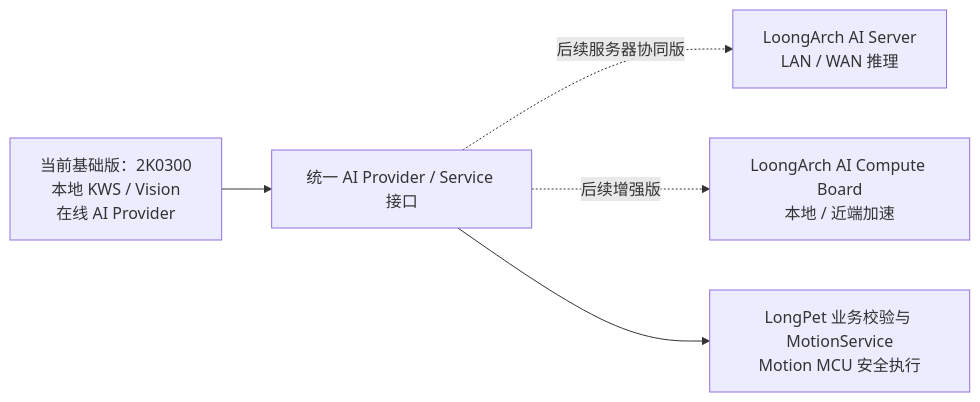
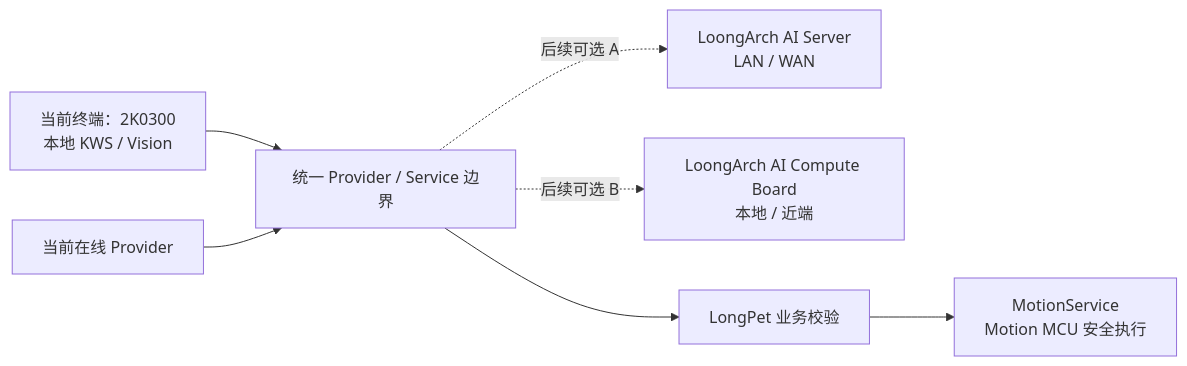
Diagram 44 of 44 in LongPet_产品设计文档.md (Justin-fanfan/Submission_Materials), drawn with Mermaid before and after one commit. The commit also changed other lines of this file, not shown here.

````diff
--- a/LongPet_产品设计文档.md
+++ b/LongPet_产品设计文档.md
@@ -2411,7 +2374,9 @@
 ```mermaid
 flowchart LR
-    C["当前基础版：2K0300<br/>本地 KWS / Vision<br/>在线 AI Provider"] --> P["统一 AI Provider / Service 接口"]
-    P -. 后续服务器协同版 .-> S["LoongArch AI Server<br/>LAN / WAN 推理"]
-    P -. 后续增强版 .-> B["LoongArch AI Compute Board<br/>本地 / 近端加速"]
-    P --> M["LongPet 业务校验与 MotionService<br/>Motion MCU 安全执行"]
+    C["当前终端：2K0300<br/>本地 KWS / Vision"] --> P["统一 Provider / Service 边界"]
+    O["当前在线 Provider"] --> P
+    P -. 后续可选 A .-> S["LoongArch AI Server<br/>LAN / WAN"]
+    P -. 后续可选 B .-> B["LoongArch AI Compute Board<br/>本地 / 近端"]
+    P --> L["LongPet 业务校验"]
+    L --> M["MotionService<br/>Motion MCU 安全执行"]
 ```
````
